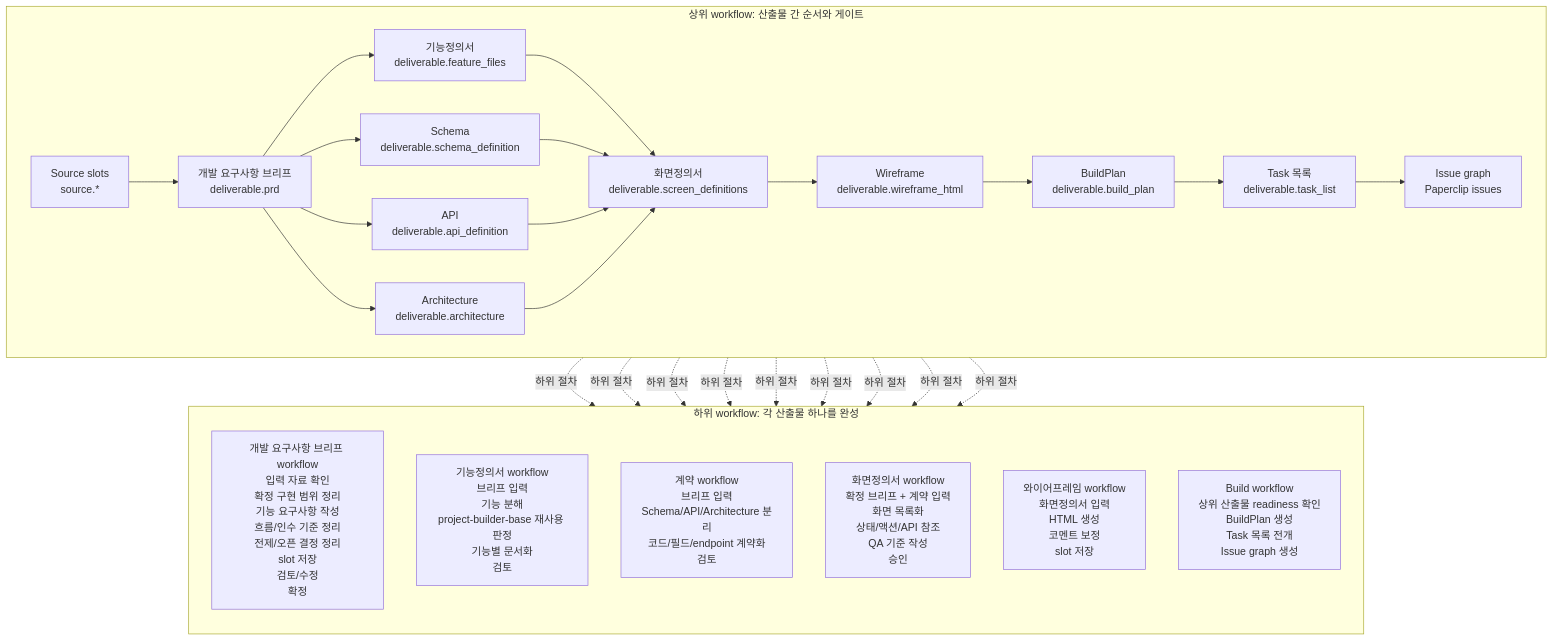
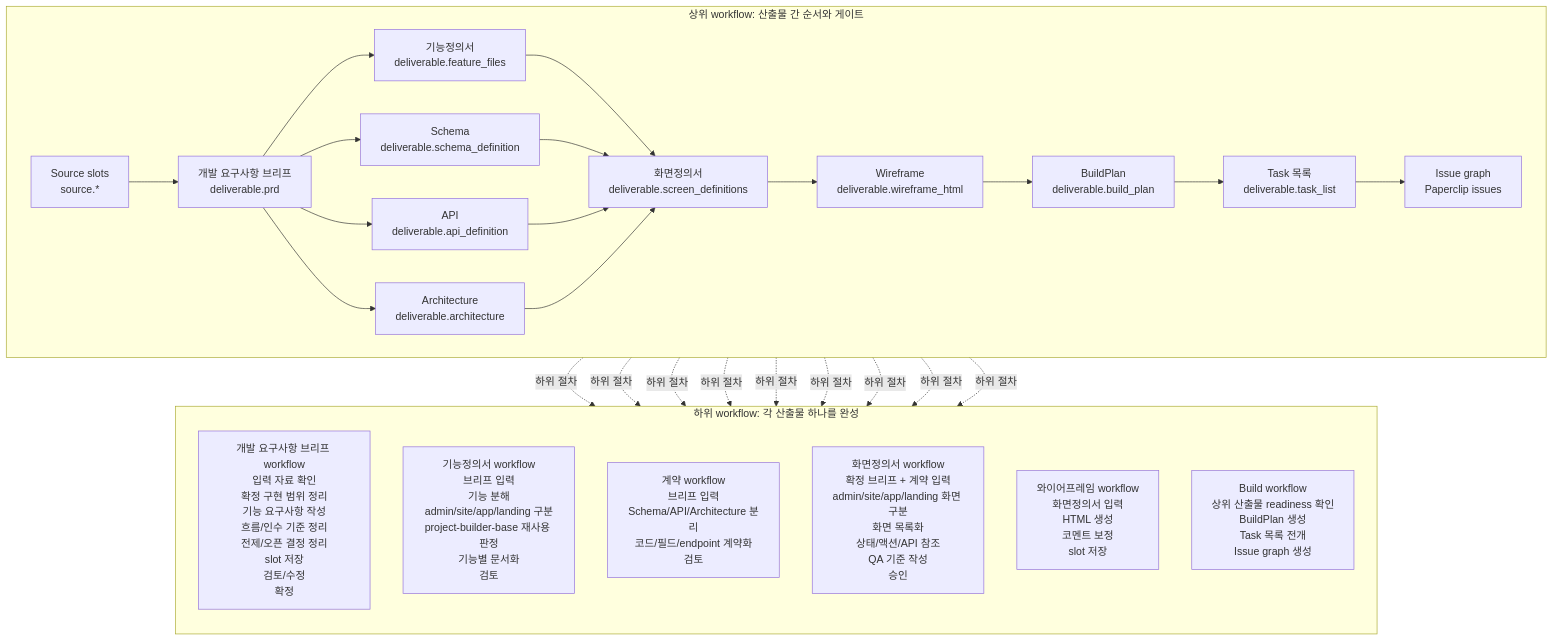
The third of 8 diagrams in bbr-plugins/builder/README.md (BBrightcode-atlas/company-os-v2), drawn with Mermaid before and after one commit. The commit also changed other lines of this file and 7 other files, not shown here.

````diff
--- a/bbr-plugins/builder/README.md
+++ b/bbr-plugins/builder/README.md
@@ -101,39 +101,39 @@
 ```mermaid
 flowchart TB
   subgraph TOP["상위 workflow: 산출물 간 순서와 게이트"]
     direction LR
     SRC["Source slots<br/>source.*"] --> BRIEF["개발 요구사항 브리프<br/>deliverable.prd"]
     BRIEF --> FEAT["기능정의서<br/>deliverable.feature_files"]
     BRIEF --> SCH["Schema<br/>deliverable.schema_definition"]
     BRIEF --> APIDOC["API<br/>deliverable.api_definition"]
     BRIEF --> ARC["Architecture<br/>deliverable.architecture"]
     FEAT --> SCREEN["화면정의서<br/>deliverable.screen_definitions"]
     SCH --> SCREEN
     APIDOC --> SCREEN
     ARC --> SCREEN
     SCREEN --> WFOUT["Wireframe<br/>deliverable.wireframe_html"]
     WFOUT --> BUILD["BuildPlan<br/>deliverable.build_plan"]
     BUILD --> TASKS["Task 목록<br/>deliverable.task_list"]
     TASKS --> ISSUES["Issue graph<br/>Paperclip issues"]
   end
 
   subgraph SUB["하위 workflow: 각 산출물 하나를 완성"]
     direction TB
     BRIEFWF["개발 요구사항 브리프 workflow<br/>입력 자료 확인<br/>확정 구현 범위 정리<br/>기능 요구사항 작성<br/>흐름/인수 기준 정리<br/>전제/오픈 결정 정리<br/>slot 저장<br/>검토/수정<br/>확정"]
-    FEATWF["기능정의서 workflow<br/>브리프 입력<br/>기능 분해<br/>project-builder-base 재사용 판정<br/>기능별 문서화<br/>검토"]
+    FEATWF["기능정의서 workflow<br/>브리프 입력<br/>기능 분해<br/>admin/site/app/landing 구분<br/>project-builder-base 재사용 판정<br/>기능별 문서화<br/>검토"]
     CONTRACTWF["계약 workflow<br/>브리프 입력<br/>Schema/API/Architecture 분리<br/>코드/필드/endpoint 계약화<br/>검토"]
-    SCREENWF["화면정의서 workflow<br/>확정 브리프 + 계약 입력<br/>화면 목록화<br/>상태/액션/API 참조<br/>QA 기준 작성<br/>승인"]
+    SCREENWF["화면정의서 workflow<br/>확정 브리프 + 계약 입력<br/>admin/site/app/landing 화면 구분<br/>화면 목록화<br/>상태/액션/API 참조<br/>QA 기준 작성<br/>승인"]
     WIREFRAMEWF["와이어프레임 workflow<br/>화면정의서 입력<br/>HTML 생성<br/>코멘트 보정<br/>slot 저장"]
     BUILDWF["Build workflow<br/>상위 산출물 readiness 확인<br/>BuildPlan 생성<br/>Task 목록 전개<br/>Issue graph 생성"]
   end
 
   BRIEF -. "하위 절차" .-> BRIEFWF
   FEAT -. "하위 절차" .-> FEATWF
   SCH -. "하위 절차" .-> CONTRACTWF
   APIDOC -. "하위 절차" .-> CONTRACTWF
   ARC -. "하위 절차" .-> CONTRACTWF
   SCREEN -. "하위 절차" .-> SCREENWF
   WFOUT -. "하위 절차" .-> WIREFRAMEWF
   BUILD -. "하위 절차" .-> BUILDWF
   TASKS -. "하위 절차" .-> BUILDWF
 ```
````
